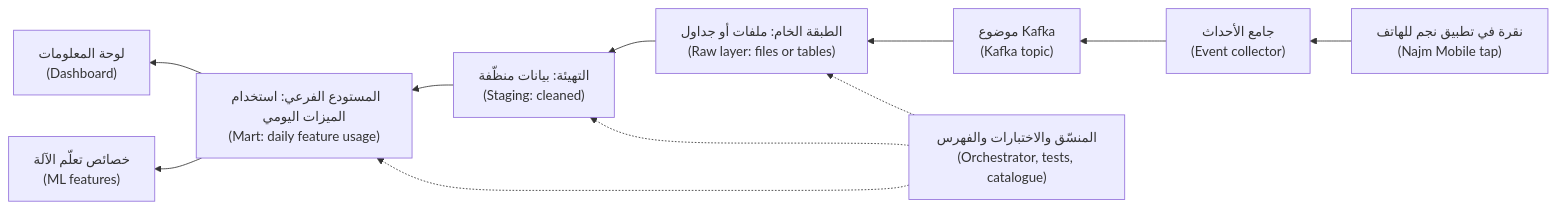
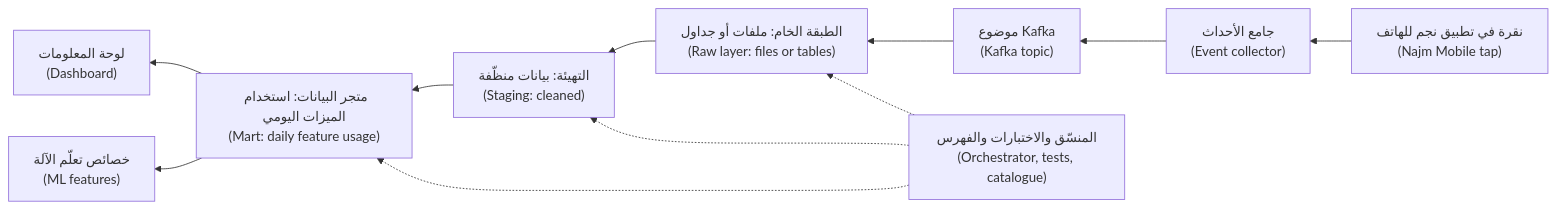
The second of 3 diagrams in data/modules/00-orientation.ar.md (Tamoura/system-design-for-vibe-coders), drawn with Mermaid before and after one commit. The commit also changed other lines of this file and 551 other files, not shown here.

````diff
--- a/data/modules/00-orientation.ar.md
+++ b/data/modules/00-orientation.ar.md
@@ -275,13 +275,13 @@
 ```mermaid
 flowchart RL
     A["نقرة في تطبيق نجم للهاتف<br/>(Najm Mobile tap)"] --> B["جامع الأحداث<br/>(Event collector)"]
     B --> C["موضوع Kafka<br/>(Kafka topic)"]
     C --> D["الطبقة الخام: ملفات أو جداول<br/>(Raw layer: files or tables)"]
     D --> E["التهيئة: بيانات منظّفة<br/>(Staging: cleaned)"]
-    E --> F["المستودع الفرعي: استخدام الميزات اليومي<br/>(Mart: daily feature usage)"]
+    E --> F["متجر البيانات: استخدام الميزات اليومي<br/>(Mart: daily feature usage)"]
     F --> G["لوحة المعلومات<br/>(Dashboard)"]
     F --> H["خصائص تعلّم الآلة<br/>(ML features)"]
     O["المنسّق والاختبارات والفهرس<br/>(Orchestrator, tests, catalogue)"] -.-> D
     O -.-> E
     O -.-> F
 ```
````
